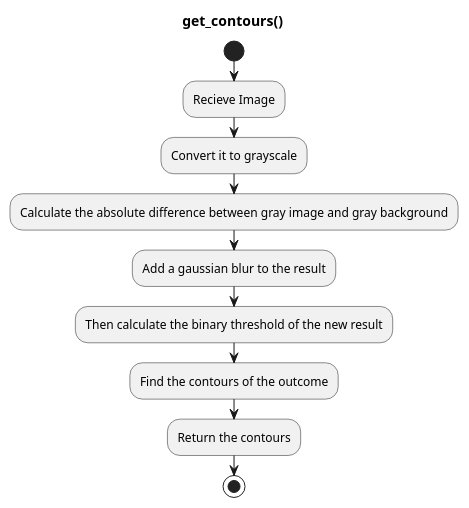
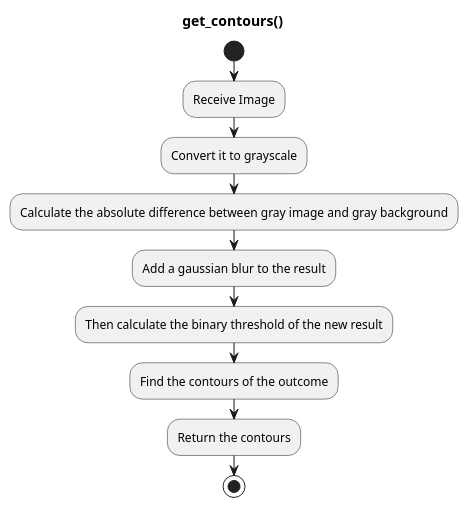
The diagram in doc/uml/get_contours.puml (NewTec-GmbH/SpaceShipRadar), drawn with PlantUML before and after one commit. The commit also changed 3 other files, not shown here.

```diff
--- a/doc/uml/get_contours.puml
+++ b/doc/uml/get_contours.puml
@@ -1,14 +1,14 @@
 @startuml get_contours
 title get_contours()
 
 start
-:Recieve Image;
+:Receive Image;
 :Convert it to grayscale;
 :Calculate the absolute difference between gray image and gray background;
 :Add a gaussian blur to the result;
 :Then calculate the binary threshold of the new result;
 :Find the contours of the outcome;
 :Return the contours;
 stop
 
 @enduml
```
